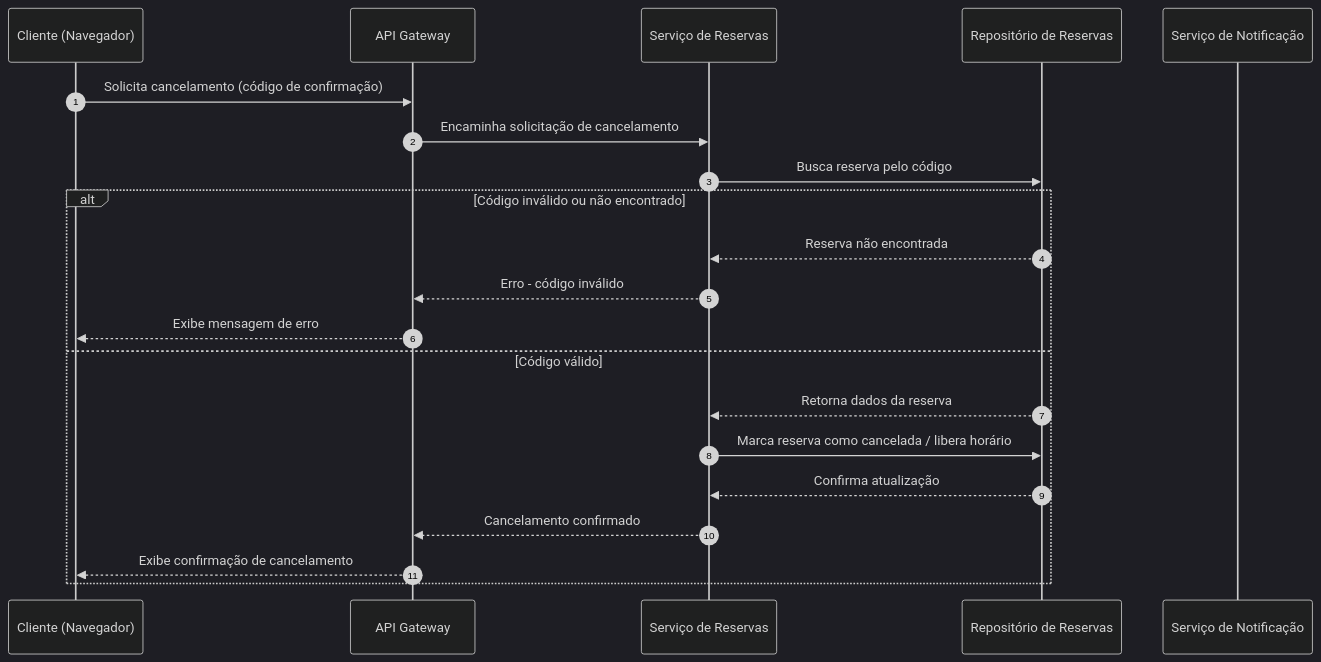
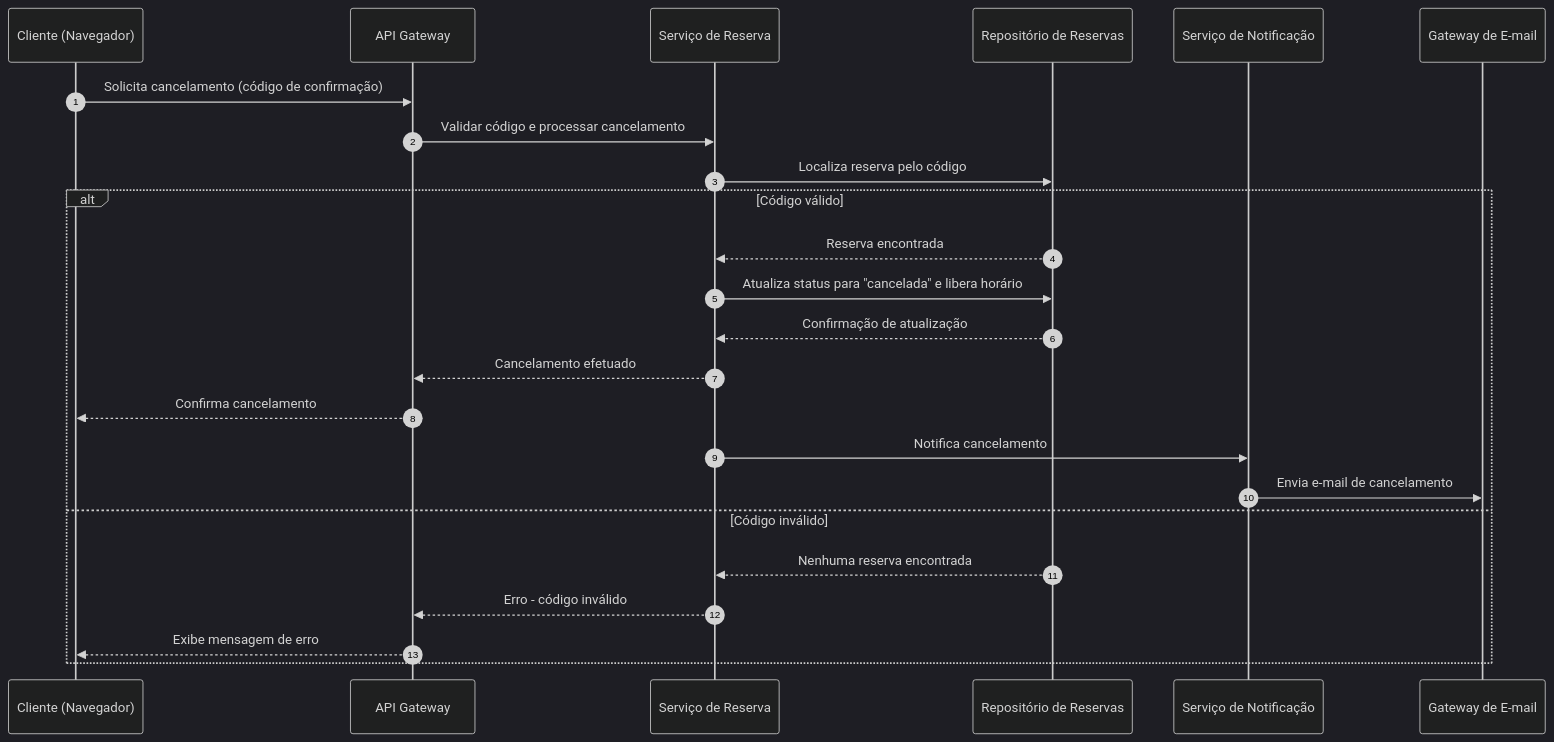
One commit to PDC-ESIA/AI4ES changed the third of 3 diagrams in docs/Time_2_Design/analise-qualitativa/outputs/relatorio_claude_sonnet_5_P05.md. Above: the diagram before and after it, drawn with Mermaid (dark theme). The commit also changed other lines of this file and 107 other files, not shown here.

````diff
--- a/docs/Time_2_Design/analise-qualitativa/outputs/relatorio_claude_sonnet_5_P05.md
+++ b/docs/Time_2_Design/analise-qualitativa/outputs/relatorio_claude_sonnet_5_P05.md
@@ -143,24 +118,27 @@
 ```mermaid
 sequenceDiagram
     autonumber
     participant Cliente as Cliente (Navegador)
-    participant Gateway as API Gateway
-    participant ReservaSvc as Serviço de Reservas
-    participant ReservaRepo as Repositório de Reservas
-    participant NotifSvc as Serviço de Notificação
+    participant GW as API Gateway
+    participant SRes as Serviço de Reserva
+    participant Repo as Repositório de Reservas
+    participant SNot as Serviço de Notificação
+    participant Email as Gateway de E-mail
 
-    Cliente->>Gateway: Solicita cancelamento (código de confirmação)
-    Gateway->>ReservaSvc: Encaminha solicitação de cancelamento
-    ReservaSvc->>ReservaRepo: Busca reserva pelo código
-    alt Código inválido ou não encontrado
-        ReservaRepo-->>ReservaSvc: Reserva não encontrada
-        ReservaSvc-->>Gateway: Erro - código inválido
-        Gateway-->>Cliente: Exibe mensagem de erro
-    else Código válido
-        ReservaRepo-->>ReservaSvc: Retorna dados da reserva
-        ReservaSvc->>ReservaRepo: Marca reserva como cancelada / libera horário
-        ReservaRepo-->>ReservaSvc: Confirma atualização
-        ReservaSvc-->>Gateway: Cancelamento confirmado
-        Gateway-->>Cliente: Exibe confirmação de cancelamento
+    Cliente->>GW: Solicita cancelamento (código de confirmação)
+    GW->>SRes: Validar código e processar cancelamento
+    SRes->>Repo: Localiza reserva pelo código
+    alt Código válido
+        Repo-->>SRes: Reserva encontrada
+        SRes->>Repo: Atualiza status para "cancelada" e libera horário
+        Repo-->>SRes: Confirmação de atualização
+        SRes-->>GW: Cancelamento efetuado
+        GW-->>Cliente: Confirma cancelamento
+        SRes->>SNot: Notifica cancelamento
+        SNot->>Email: Envia e-mail de cancelamento
+    else Código inválido
+        Repo-->>SRes: Nenhuma reserva encontrada
+        SRes-->>GW: Erro - código inválido
+        GW-->>Cliente: Exibe mensagem de erro
     end
 ```
````
